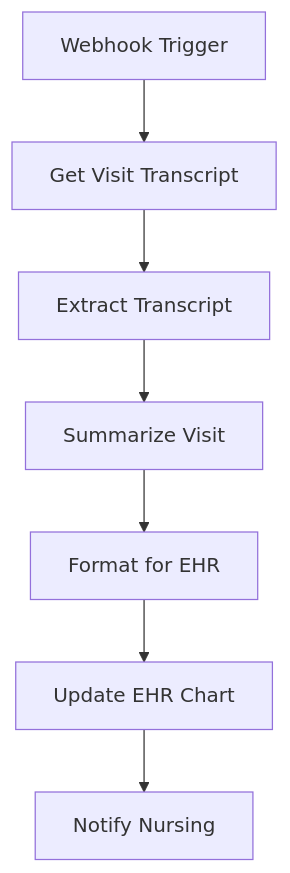
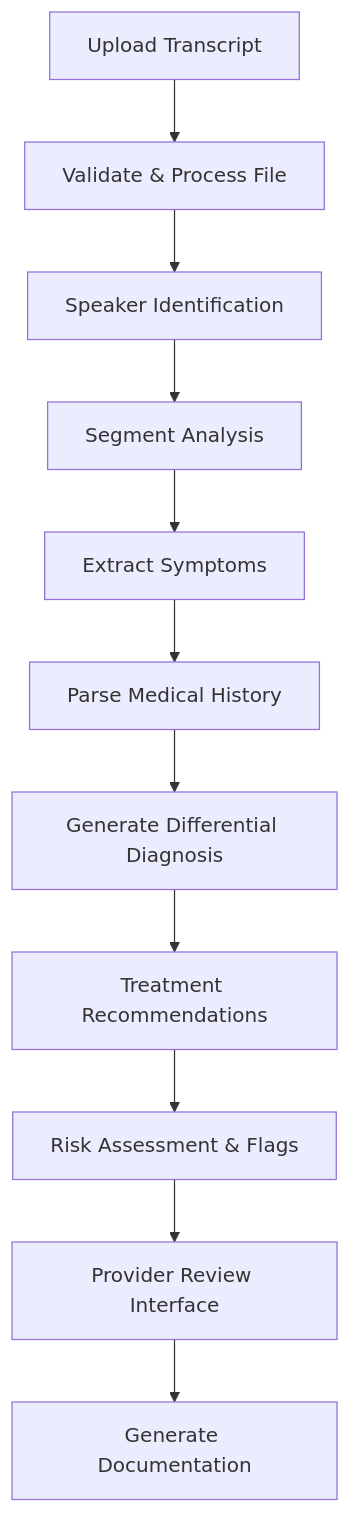
One commit to Duraman3444/PreExamChartingAgent changed the diagram in docs/automation-workflows.md. Above: the diagram before and after it, drawn with Mermaid. The commit also changed other lines of this file and 5 other files, not shown here.

````diff
--- a/docs/automation-workflows.md
+++ b/docs/automation-workflows.md
@@ -32,9 +32,13 @@
 ```mermaid
 flowchart TD
-  A[Webhook Trigger] --> B[Get Visit Transcript]
-  B --> C[Extract Transcript]
-  C --> D[Summarize Visit]
-  D --> E[Format for EHR]
-  E --> F[Update EHR Chart]
-  F --> G[Notify Nursing]
+  A[Upload Transcript] --> B[Validate & Process File]
+  B --> C[Speaker Identification]
+  C --> D[Segment Analysis]
+  D --> E[Extract Symptoms]
+  E --> F[Parse Medical History]
+  F --> G[Generate Differential Diagnosis]
+  G --> H[Treatment Recommendations]
+  H --> I[Risk Assessment & Flags]
+  I --> J[Provider Review Interface]
+  J --> K[Generate Documentation]
 ```
````
